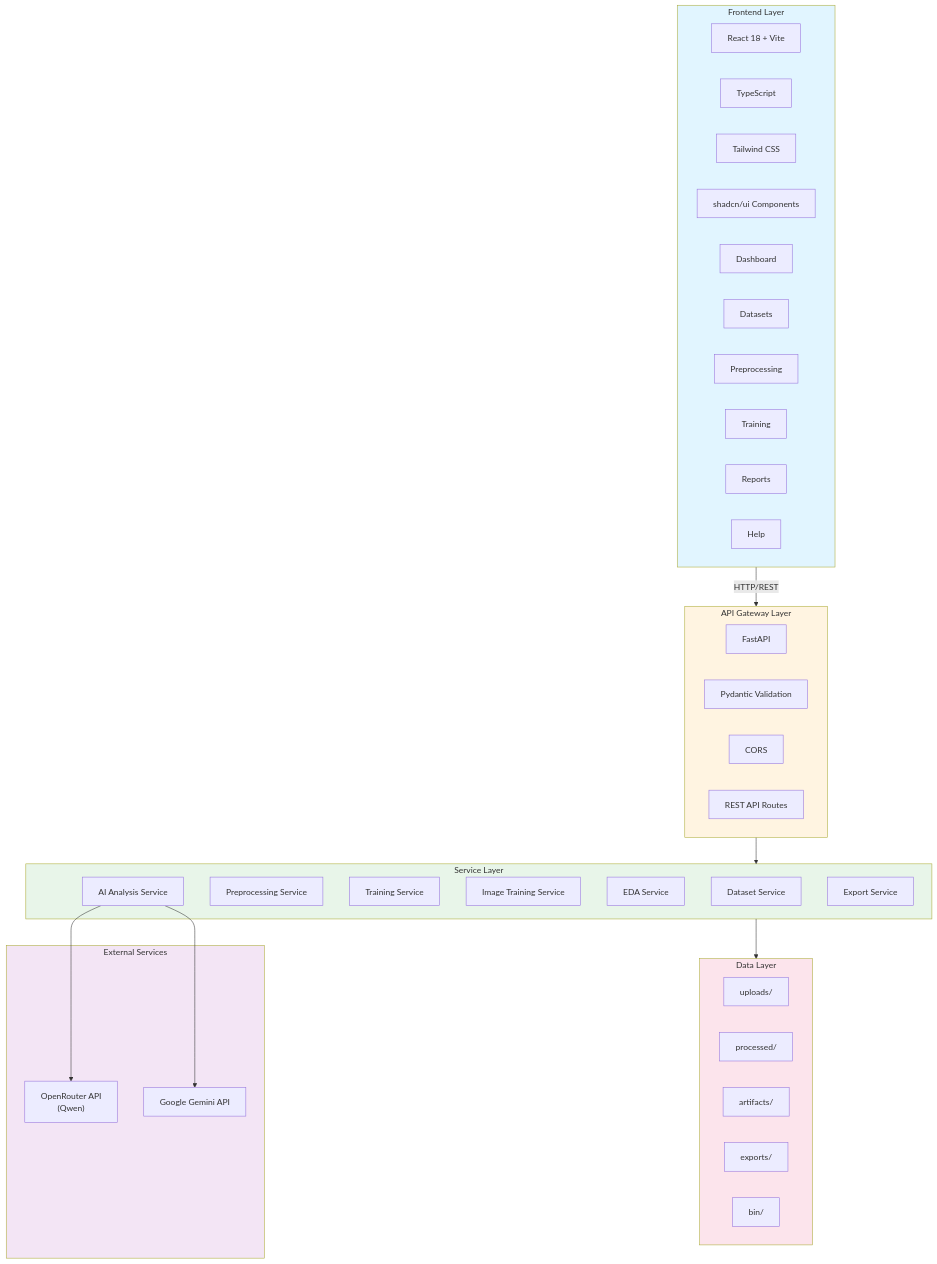
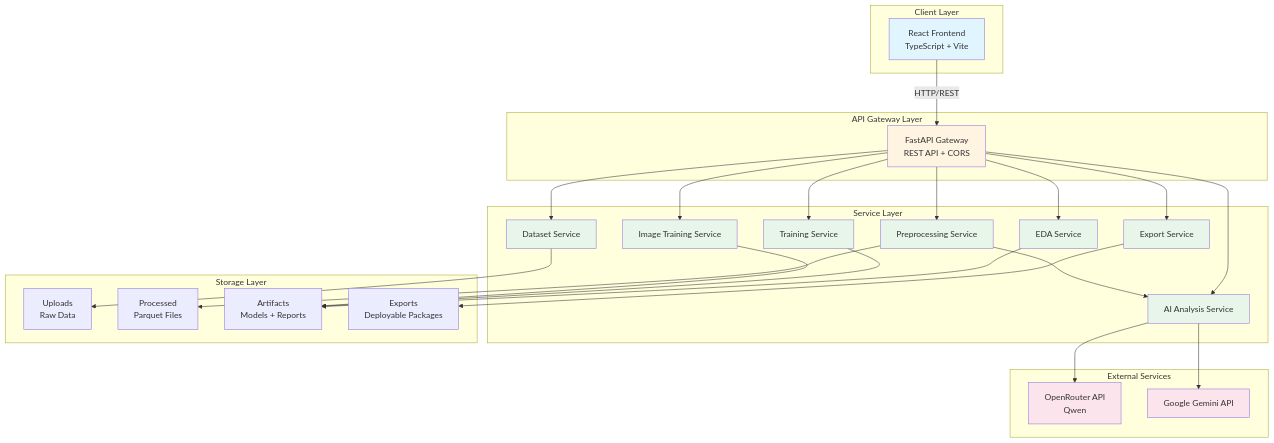
One commit to anshul-dying/MODULUS changed the first of 10 diagrams in docs/researchPaper/diagrams.md. Above: the diagram before and after it, drawn with Mermaid. The commit also changed other lines of this file and 8 other files, not shown here.

````diff
--- a/docs/researchPaper/diagrams.md
+++ b/docs/researchPaper/diagrams.md
@@ -10,57 +9,64 @@
 ```mermaid
 graph TB
-    subgraph Frontend["Frontend Layer"]
-        React["React 18 + Vite"]
-        TS["TypeScript"]
-        Tailwind["Tailwind CSS"]
-        UI["shadcn/ui Components"]
-        Dashboard["Dashboard"]
-        Datasets["Datasets"]
-        Preprocessing["Preprocessing"]
-        Training["Training"]
-        Reports["Reports"]
-        Help["Help"]
+    subgraph "Client Layer"
+        UI[React Frontend<br/>TypeScript + Vite]
     end
-
-    subgraph API["API Gateway Layer"]
-        FastAPI["FastAPI"]
-        Pydantic["Pydantic Validation"]
-        CORS["CORS"]
-        Router["REST API Routes"]
+    
+    subgraph "API Gateway Layer"
+        API[FastAPI Gateway<br/>REST API + CORS]
     end
-
-    subgraph Services["Service Layer"]
-        DatasetSvc["Dataset Service"]
-        PreprocessingSvc["Preprocessing Service"]
-        TrainingSvc["Training Service"]
-        ImageTrainingSvc["Image Training Service"]
-        EDASvc["EDA Service"]
-        AISvc["AI Analysis Service"]
-        ExportSvc["Export Service"]
+    
+    subgraph "Service Layer"
+        DS[Dataset Service]
+        EDA[EDA Service]
+        PREP[Preprocessing Service]
+        TRAIN[Training Service]
+        IMG[Image Training Service]
+        AI[AI Analysis Service]
+        EXP[Export Service]
     end
-
-    subgraph Data["Data Layer"]
-        Uploads["uploads/"]
-        Processed["processed/"]
-        Artifacts["artifacts/"]
-        Exports["exports/"]
-        Bin["bin/"]
+    
+    subgraph "External Services"
+        LLM1[OpenRouter API<br/>Qwen]
+        LLM2[Google Gemini API]
     end
-
-    subgraph External["External Services"]
-        OpenRouter["OpenRouter API<br/>(Qwen)"]
-        Gemini["Google Gemini API"]
+    
+    subgraph "Storage Layer"
+        UPLOAD[Uploads<br/>Raw Data]
+        PROC[Processed<br/>Parquet Files]
+        ART[Artifacts<br/>Models + Reports]
+        EXPORT[Exports<br/>Deployable Packages]
     end
-
-    Frontend -->|HTTP/REST| API
-    API --> Services
-    Services --> Data
-    AISvc --> OpenRouter
-    AISvc --> Gemini
-
-    style Frontend fill:#e1f5ff
+    
+    UI -->|HTTP/REST| API
+    API --> DS
+    API --> EDA
+    API --> PREP
+    API --> TRAIN
+    API --> IMG
+    API --> AI
+    API --> EXP
+    
+    PREP --> AI
+    AI --> LLM1
+    AI --> LLM2
+    
+    DS --> UPLOAD
+    EDA --> ART
+    PREP --> PROC
+    TRAIN --> ART
+    IMG --> ART
+    EXP --> EXPORT
+    
+    style UI fill:#e1f5ff
     style API fill:#fff4e1
-    style Services fill:#e8f5e9
-    style Data fill:#fce4ec
-    style External fill:#f3e5f5
+    style DS fill:#e8f5e9
+    style EDA fill:#e8f5e9
+    style PREP fill:#e8f5e9
+    style TRAIN fill:#e8f5e9
+    style IMG fill:#e8f5e9
+    style AI fill:#e8f5e9
+    style EXP fill:#e8f5e9
+    style LLM1 fill:#fce4ec
+    style LLM2 fill:#fce4ec
 ```
````
